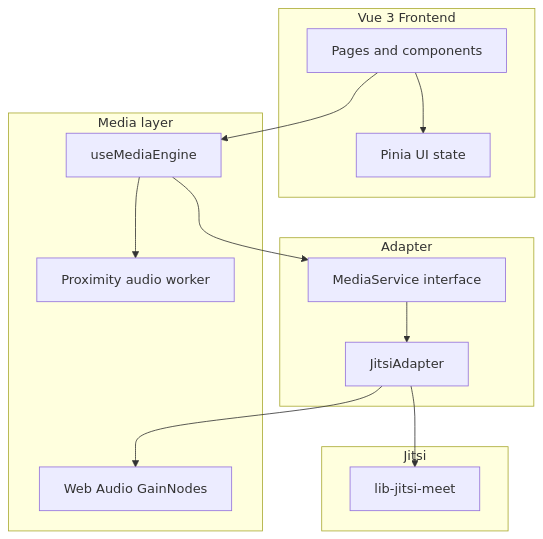
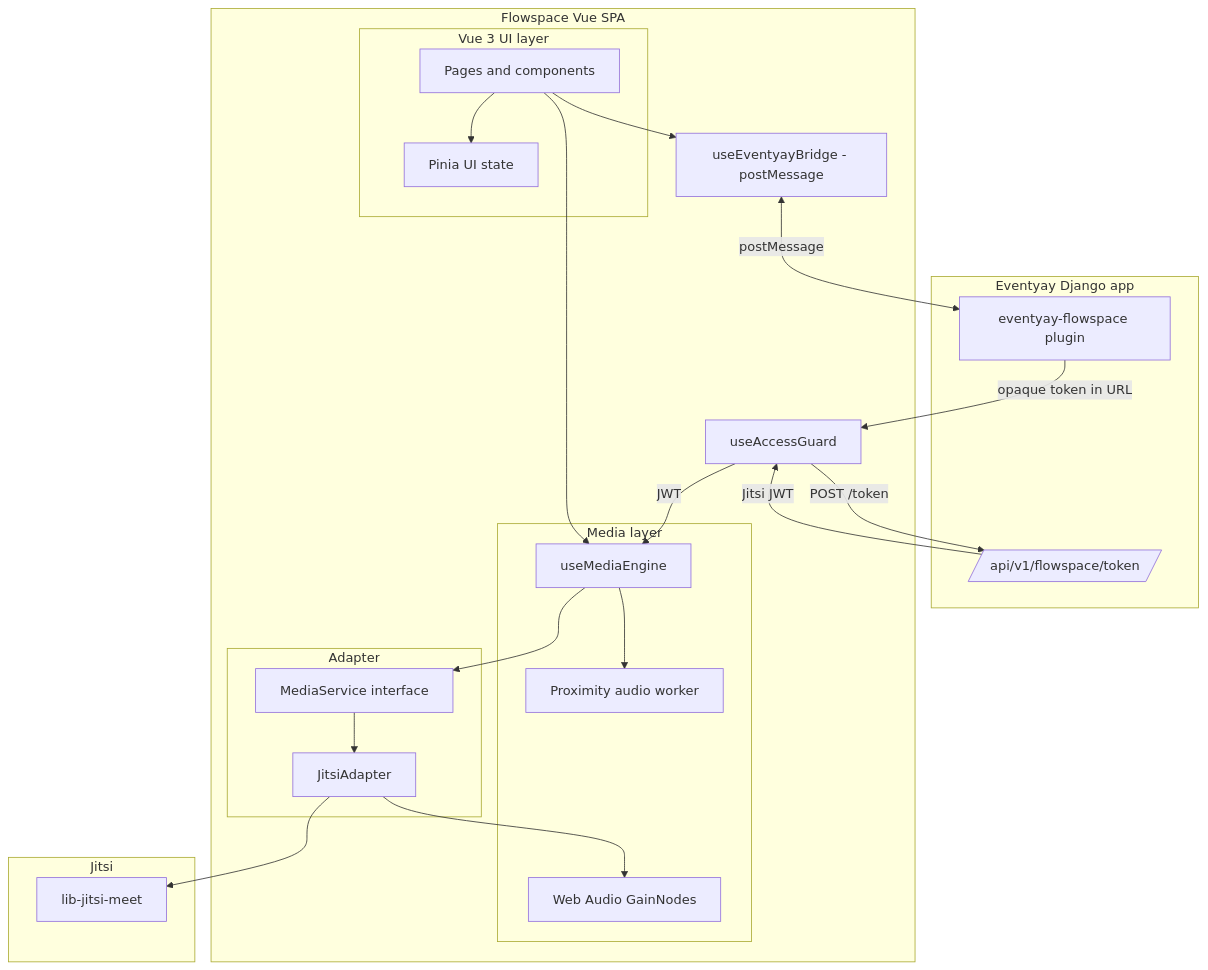
The diagram in docs-site/architecture.md (fossasia/loungemesh), drawn with Mermaid before and after one commit. The commit also changed other lines of this file and 3 other files, not shown here.

First line of the commit message:
docs(2/2): update architecture, deployment, README and add Playwright e2e smoke tests

````diff
--- a/docs-site/architecture.md
+++ b/docs-site/architecture.md
@@ -3,26 +3,41 @@
 ```mermaid
 flowchart TD
-  subgraph vue [Vue 3 Frontend]
-    Pages[Pages and components]
-    Stores[Pinia UI state]
+  subgraph eventyay [Eventyay Django app]
+    Plugin[eventyay-flowspace plugin]
+    PluginAPI[/api/v1/flowspace/token/]
   end
-  subgraph engine [Media layer]
-    Composable[useMediaEngine]
-    Worker[Proximity audio worker]
-    AudioCtx[Web Audio GainNodes]
-  end
-  subgraph adapter [Adapter]
-    MediaService[MediaService interface]
-    JitsiAdapter[JitsiAdapter]
+  subgraph flowspace [Flowspace Vue SPA]
+    subgraph vue [Vue 3 UI layer]
+      Pages[Pages and components]
+      Stores[Pinia UI state]
+    end
+    AccessGuard[useAccessGuard]
+    Bridge[useEventyayBridge - postMessage]
+    subgraph engine [Media layer]
+      Composable[useMediaEngine]
+      Worker[Proximity audio worker]
+      AudioCtx[Web Audio GainNodes]
+    end
+    subgraph adapter [Adapter]
+      MediaService[MediaService interface]
+      JitsiAdapter[JitsiAdapter]
+    end
   end
   subgraph media [Jitsi]
     LibJitsi[lib-jitsi-meet]
   end
+
+  Plugin -->|opaque token in URL| AccessGuard
+  AccessGuard -->|POST /token| PluginAPI
+  PluginAPI -->|Jitsi JWT| AccessGuard
+  AccessGuard -->|JWT| Composable
   Pages --> Stores
   Pages --> Composable
+  Pages --> Bridge
   Composable --> MediaService
   MediaService --> JitsiAdapter
   JitsiAdapter --> LibJitsi
   Composable --> Worker
   JitsiAdapter --> AudioCtx
+  Bridge <-->|postMessage| Plugin
 ```
````
